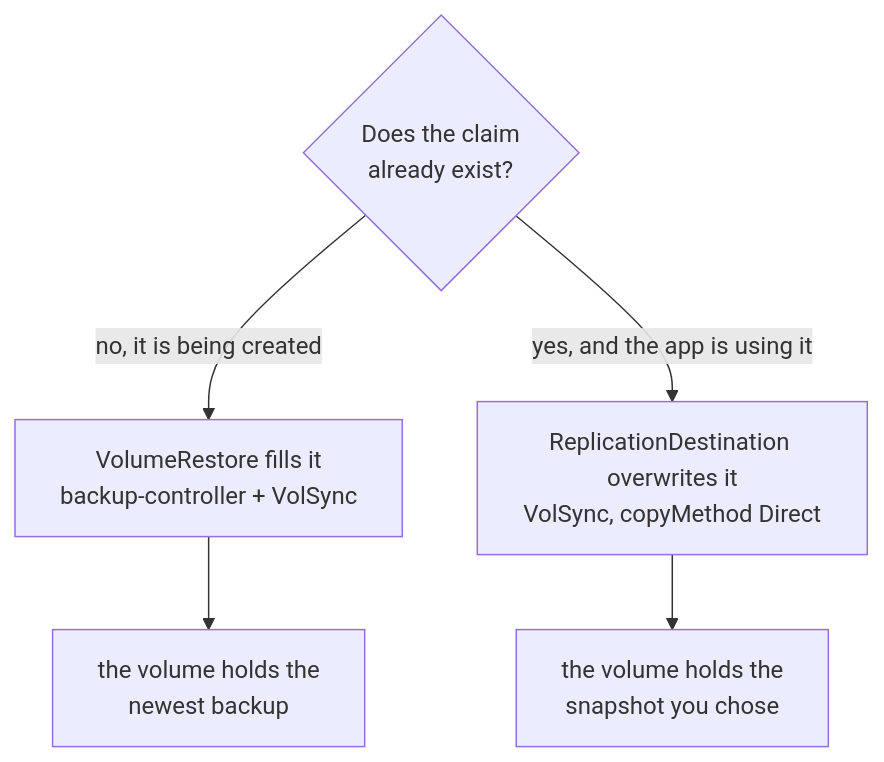
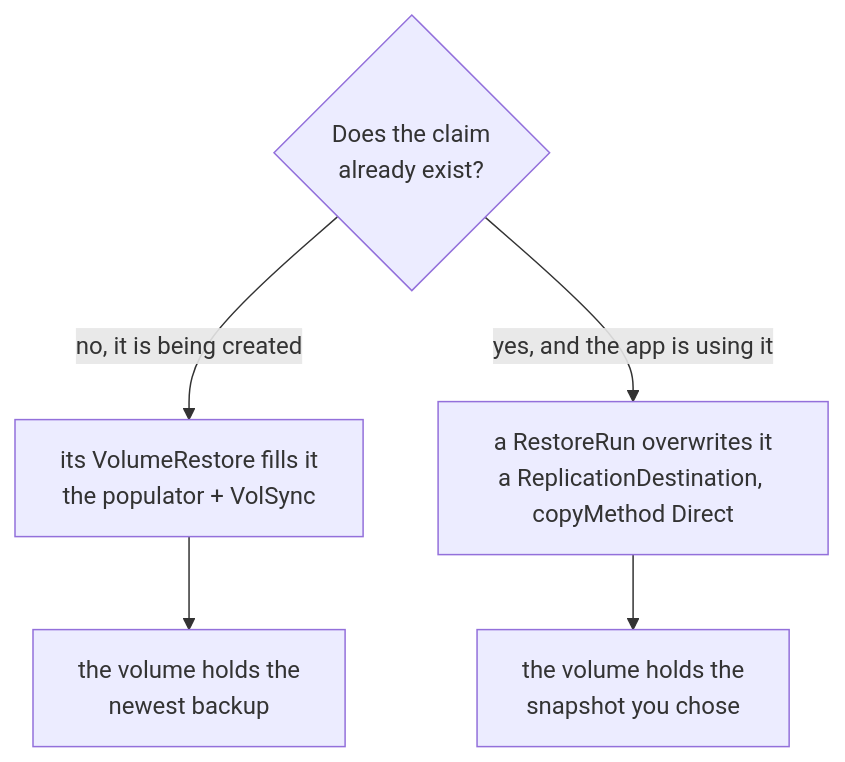
The first of 3 diagrams in docs/restores.md (walzen-group/backup-controller), drawn with Mermaid before and after one commit. The commit also changed other lines of this file and 9 other files, not shown here.

````diff
--- a/docs/restores.md
+++ b/docs/restores.md
@@ -16,9 +17,9 @@
 ```mermaid
 flowchart TD
     Q{"Does the claim<br/>already exist?"}
-    Q -- "no, it is being created" --> P["VolumeRestore fills it<br/>backup-controller + VolSync"]
-    Q -- "yes, and the app is using it" --> D["ReplicationDestination overwrites it<br/>VolSync, copyMethod Direct"]
+    Q -- "no, it is being created" --> P["its VolumeRestore fills it<br/>the populator + VolSync"]
+    Q -- "yes, and the app is using it" --> D["a RestoreRun overwrites it<br/>a ReplicationDestination, copyMethod Direct"]
 
     P --> P1["the volume holds the<br/>newest backup"]
     D --> D1["the volume holds the<br/>snapshot you chose"]
 ```
````
